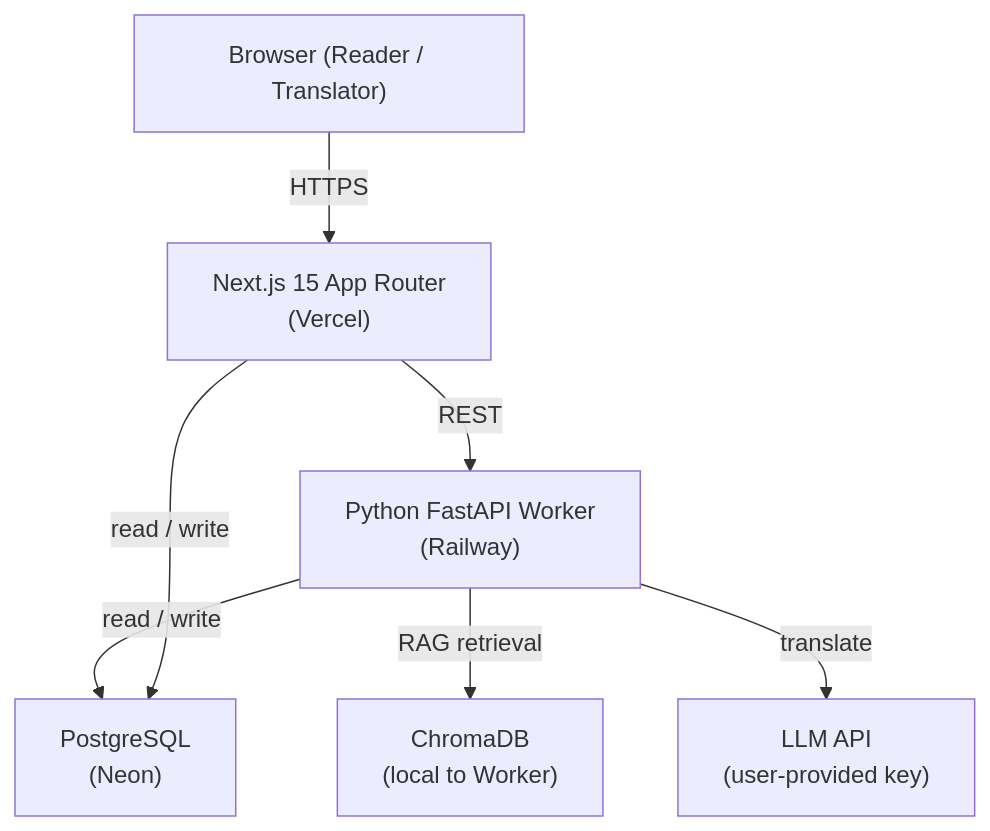
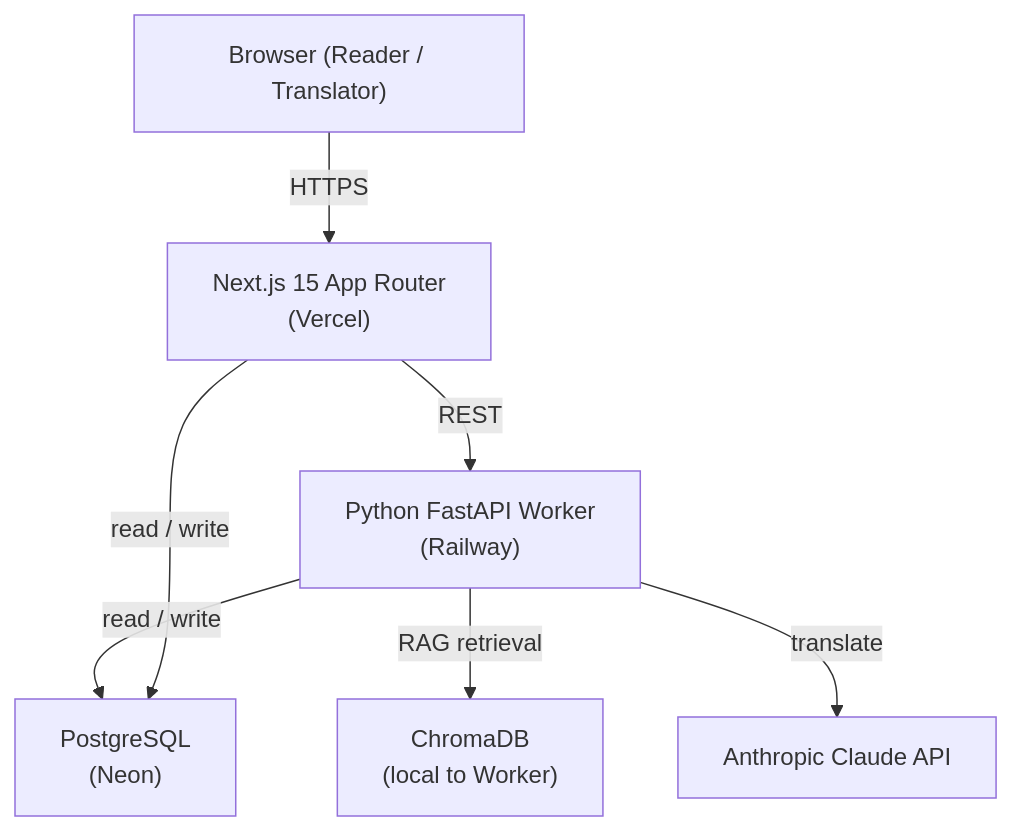
The diagram in README.md (UchihaSusie/bookbridge), drawn with Mermaid before and after one commit. The commit also changed other lines of this file and 12 other files, not shown here.

````diff
--- a/README.md
+++ b/README.md
@@ -29,16 +29,16 @@
 ```mermaid
 graph TD
     Browser["Browser (Reader / Translator)"]
     Next["Next.js 15 App Router\n(Vercel)"]
     Worker["Python FastAPI Worker\n(Railway)"]
     PG["PostgreSQL\n(Neon)"]
     Chroma["ChromaDB\n(local to Worker)"]
-    Claude["LLM API\n(user-provided key)"]
+    Claude["Anthropic Claude API"]
 
     Browser -->|"HTTPS"| Next
     Next -->|"REST"| Worker
     Worker -->|"read / write"| PG
     Next -->|"read / write"| PG
     Worker -->|"RAG retrieval"| Chroma
     Worker -->|"translate"| Claude
 ```
````
